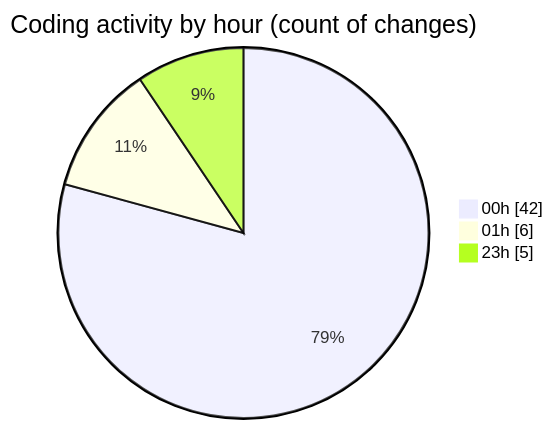
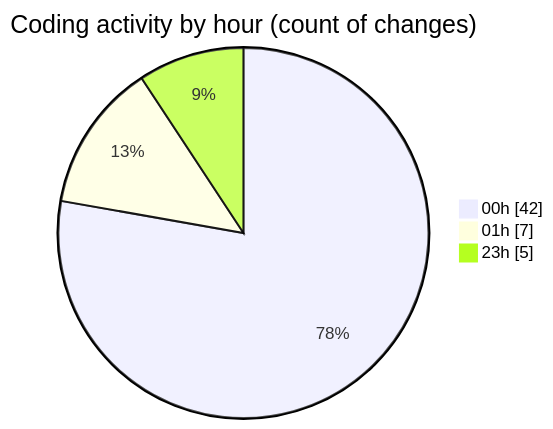
One commit to julien-gomy/code-tracking changed the second of 2 diagrams in 2025-11-27/eventscop-frontend-guide__workspace_/README.md. Above: the diagram before and after it, drawn with Mermaid. The commit also changed other lines of this file and 1 other file, not shown here.

````diff
--- a/2025-11-27/eventscop-frontend-guide__workspace_/README.md
+++ b/2025-11-27/eventscop-frontend-guide__workspace_/README.md
@@ -44,7 +44,7 @@
 ```mermaid
 pie showData
 title Coding activity by hour (count of changes)
 "00h" : 42
-"01h" : 6
+"01h" : 7
 "23h" : 5
 ```
````
